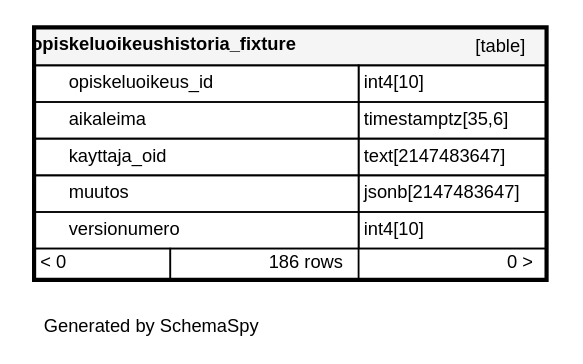
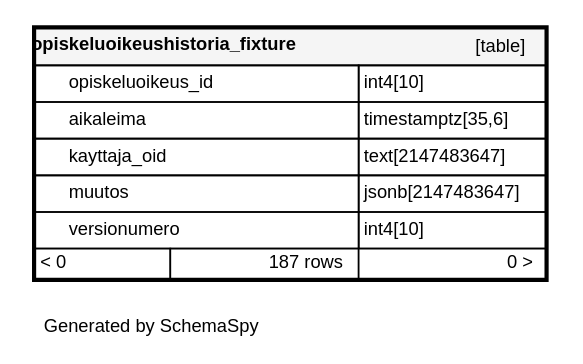
One commit to Opetushallitus/koski changed the diagram in documentation/tietokantaskeemat/koski/diagrams/tables/opiskeluoikeushistoria_fixture.1degree.dot. Above: the diagram before and after it, drawn with Graphviz. The commit also changed 126 other files, not shown here.

```diff
--- a/documentation/tietokantaskeemat/koski/diagrams/tables/opiskeluoikeushistoria_fixture.1degree.dot
+++ b/documentation/tietokantaskeemat/koski/diagrams/tables/opiskeluoikeushistoria_fixture.1degree.dot
@@ -1,18 +1,18 @@
 digraph "oneDegreeRelationshipsDiagram" {
   graph [    rankdir="RL"    bgcolor="#ffffff"    label="\nGenerated by SchemaSpy"    labeljust="l"    nodesep="0.18"    ranksep="0.46"    fontname="Helvetica"    fontsize="11"    ration="compress"  ];  node [    fontname="Helvetica"    fontsize="11"    shape="plaintext"  ];  edge [    arrowsize="0.8"  ];
   "opiskeluoikeushistoria_fixture" [
    label=<
     <TABLE BORDER="2" CELLBORDER="1" CELLSPACING="0" BGCOLOR="#ffffff">
       <TR><TD COLSPAN="4"  BGCOLOR="#f5f5f5"><TABLE BORDER="0" CELLSPACING="0"><TR><TD ALIGN="LEFT" FIXEDSIZE="TRUE" WIDTH="173" HEIGHT="16"><B>opiskeluoikeushistoria_fixture</B></TD><TD ALIGN="RIGHT">[table]</TD></TR></TABLE></TD></TR>
       <TR><TD PORT="opiskeluoikeus_id" COLSPAN="2" ALIGN="LEFT"><TABLE BORDER="0" CELLSPACING="0" ALIGN="LEFT"><TR ALIGN="LEFT"><TD ALIGN="LEFT" FIXEDSIZE="TRUE" WIDTH="15" HEIGHT="16"></TD><TD ALIGN="LEFT" FIXEDSIZE="TRUE" WIDTH="173" HEIGHT="16">opiskeluoikeus_id</TD></TR></TABLE></TD><TD PORT="opiskeluoikeus_id.type" ALIGN="LEFT">int4[10]</TD></TR>
       <TR><TD PORT="aikaleima" COLSPAN="2" ALIGN="LEFT"><TABLE BORDER="0" CELLSPACING="0" ALIGN="LEFT"><TR ALIGN="LEFT"><TD ALIGN="LEFT" FIXEDSIZE="TRUE" WIDTH="15" HEIGHT="16"></TD><TD ALIGN="LEFT" FIXEDSIZE="TRUE" WIDTH="173" HEIGHT="16">aikaleima</TD></TR></TABLE></TD><TD PORT="aikaleima.type" ALIGN="LEFT">timestamptz[35,6]</TD></TR>
       <TR><TD PORT="kayttaja_oid" COLSPAN="2" ALIGN="LEFT"><TABLE BORDER="0" CELLSPACING="0" ALIGN="LEFT"><TR ALIGN="LEFT"><TD ALIGN="LEFT" FIXEDSIZE="TRUE" WIDTH="15" HEIGHT="16"></TD><TD ALIGN="LEFT" FIXEDSIZE="TRUE" WIDTH="173" HEIGHT="16">kayttaja_oid</TD></TR></TABLE></TD><TD PORT="kayttaja_oid.type" ALIGN="LEFT">text[2147483647]</TD></TR>
       <TR><TD PORT="muutos" COLSPAN="2" ALIGN="LEFT"><TABLE BORDER="0" CELLSPACING="0" ALIGN="LEFT"><TR ALIGN="LEFT"><TD ALIGN="LEFT" FIXEDSIZE="TRUE" WIDTH="15" HEIGHT="16"></TD><TD ALIGN="LEFT" FIXEDSIZE="TRUE" WIDTH="173" HEIGHT="16">muutos</TD></TR></TABLE></TD><TD PORT="muutos.type" ALIGN="LEFT">jsonb[2147483647]</TD></TR>
       <TR><TD PORT="versionumero" COLSPAN="2" ALIGN="LEFT"><TABLE BORDER="0" CELLSPACING="0" ALIGN="LEFT"><TR ALIGN="LEFT"><TD ALIGN="LEFT" FIXEDSIZE="TRUE" WIDTH="15" HEIGHT="16"></TD><TD ALIGN="LEFT" FIXEDSIZE="TRUE" WIDTH="173" HEIGHT="16">versionumero</TD></TR></TABLE></TD><TD PORT="versionumero.type" ALIGN="LEFT">int4[10]</TD></TR>
-      <TR><TD ALIGN="LEFT" BGCOLOR="#ffffff">&lt; 0</TD><TD ALIGN="RIGHT" BGCOLOR="#ffffff">186 rows</TD><TD ALIGN="RIGHT" BGCOLOR="#ffffff">0 &gt;</TD></TR>
+      <TR><TD ALIGN="LEFT" BGCOLOR="#ffffff">&lt; 0</TD><TD ALIGN="RIGHT" BGCOLOR="#ffffff">187 rows</TD><TD ALIGN="RIGHT" BGCOLOR="#ffffff">0 &gt;</TD></TR>
     </TABLE>>
     URL="../../tables/opiskeluoikeushistoria_fixture.html"
     target="_top"
     tooltip="opiskeluoikeushistoria_fixture"
   ];
 }
```
